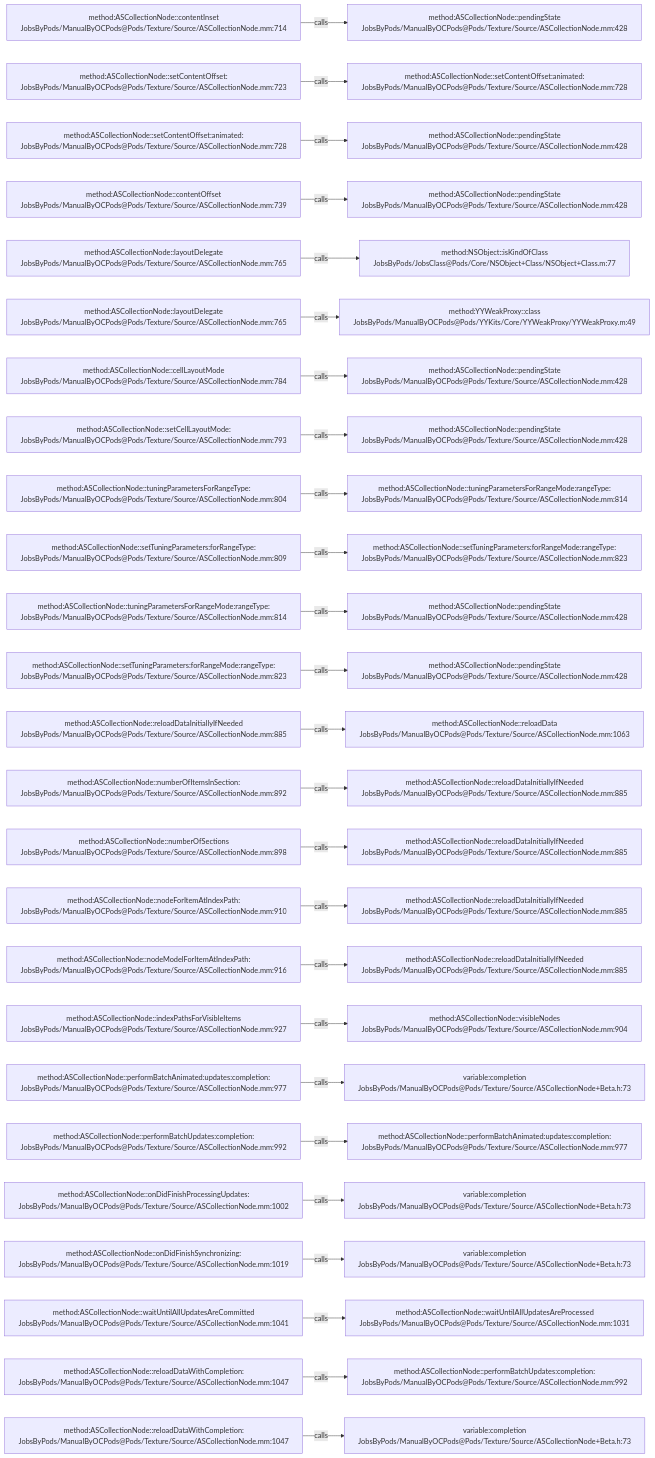
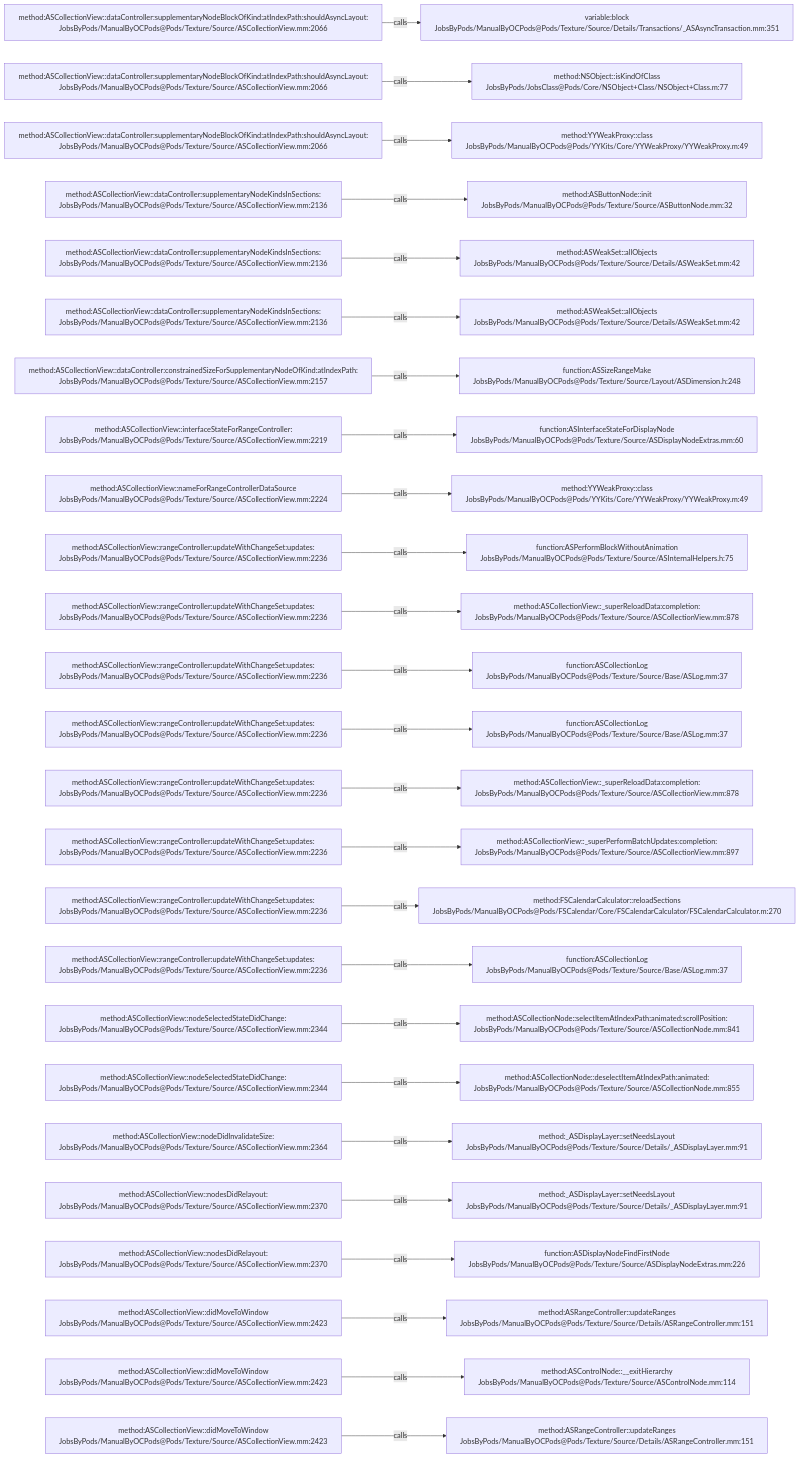
Before and after one commit to JobsKits/JobsOCBaseConfigDemo: the diagram in .codegraph/codegraph.md/graphs/calls-076.md, drawn with Mermaid. The commit also changed 1448 other files, not shown here.

````diff
--- a/.codegraph/codegraph.md/graphs/calls-076.md
+++ b/.codegraph/codegraph.md/graphs/calls-076.md
@@ -13,78 +13,78 @@
 ```mermaid
 flowchart LR
-  S1["method:ASCollectionNode::contentInset<br/>JobsByPods/ManualByOCPods@Pods/Texture/Source/ASCollectionNode.mm:714"]
-  T1["method:ASCollectionNode::pendingState<br/>JobsByPods/ManualByOCPods@Pods/Texture/Source/ASCollectionNode.mm:428"]
+  S1["method:ASCollectionView::dataController:supplementaryNodeBlockOfKind:atIndexPath:shouldAsyncLayout:<br/>JobsByPods/ManualByOCPods@Pods/Texture/Source/ASCollectionView.mm:2066"]
+  T1["variable:block<br/>JobsByPods/ManualByOCPods@Pods/Texture/Source/Details/Transactions/_ASAsyncTransaction.mm:351"]
   S1 -->|calls| T1
-  S2["method:ASCollectionNode::setContentOffset:<br/>JobsByPods/ManualByOCPods@Pods/Texture/Source/ASCollectionNode.mm:723"]
-  T2["method:ASCollectionNode::setContentOffset:animated:<br/>JobsByPods/ManualByOCPods@Pods/Texture/Source/ASCollectionNode.mm:728"]
+  S2["method:ASCollectionView::dataController:supplementaryNodeBlockOfKind:atIndexPath:shouldAsyncLayout:<br/>JobsByPods/ManualByOCPods@Pods/Texture/Source/ASCollectionView.mm:2066"]
+  T2["method:NSObject::isKindOfClass<br/>JobsByPods/JobsClass@Pods/Core/NSObject+Class/NSObject+Class.m:77"]
   S2 -->|calls| T2
-  S3["method:ASCollectionNode::setContentOffset:animated:<br/>JobsByPods/ManualByOCPods@Pods/Texture/Source/ASCollectionNode.mm:728"]
-  T3["method:ASCollectionNode::pendingState<br/>JobsByPods/ManualByOCPods@Pods/Texture/Source/ASCollectionNode.mm:428"]
+  S3["method:ASCollectionView::dataController:supplementaryNodeBlockOfKind:atIndexPath:shouldAsyncLayout:<br/>JobsByPods/ManualByOCPods@Pods/Texture/Source/ASCollectionView.mm:2066"]
+  T3["method:YYWeakProxy::class<br/>JobsByPods/ManualByOCPods@Pods/YYKits/Core/YYWeakProxy/YYWeakProxy.m:49"]
   S3 -->|calls| T3
-  S4["method:ASCollectionNode::contentOffset<br/>JobsByPods/ManualByOCPods@Pods/Texture/Source/ASCollectionNode.mm:739"]
-  T4["method:ASCollectionNode::pendingState<br/>JobsByPods/ManualByOCPods@Pods/Texture/Source/ASCollectionNode.mm:428"]
+  S4["method:ASCollectionView::dataController:supplementaryNodeKindsInSections:<br/>JobsByPods/ManualByOCPods@Pods/Texture/Source/ASCollectionView.mm:2136"]
+  T4["method:ASButtonNode::init<br/>JobsByPods/ManualByOCPods@Pods/Texture/Source/ASButtonNode.mm:32"]
   S4 -->|calls| T4
-  S5["method:ASCollectionNode::layoutDelegate<br/>JobsByPods/ManualByOCPods@Pods/Texture/Source/ASCollectionNode.mm:765"]
-  T5["method:NSObject::isKindOfClass<br/>JobsByPods/JobsClass@Pods/Core/NSObject+Class/NSObject+Class.m:77"]
+  S5["method:ASCollectionView::dataController:supplementaryNodeKindsInSections:<br/>JobsByPods/ManualByOCPods@Pods/Texture/Source/ASCollectionView.mm:2136"]
+  T5["method:ASWeakSet::allObjects<br/>JobsByPods/ManualByOCPods@Pods/Texture/Source/Details/ASWeakSet.mm:42"]
   S5 -->|calls| T5
-  S6["method:ASCollectionNode::layoutDelegate<br/>JobsByPods/ManualByOCPods@Pods/Texture/Source/ASCollectionNode.mm:765"]
-  T6["method:YYWeakProxy::class<br/>JobsByPods/ManualByOCPods@Pods/YYKits/Core/YYWeakProxy/YYWeakProxy.m:49"]
+  S6["method:ASCollectionView::dataController:supplementaryNodeKindsInSections:<br/>JobsByPods/ManualByOCPods@Pods/Texture/Source/ASCollectionView.mm:2136"]
+  T6["method:ASWeakSet::allObjects<br/>JobsByPods/ManualByOCPods@Pods/Texture/Source/Details/ASWeakSet.mm:42"]
   S6 -->|calls| T6
-  S7["method:ASCollectionNode::cellLayoutMode<br/>JobsByPods/ManualByOCPods@Pods/Texture/Source/ASCollectionNode.mm:784"]
-  T7["method:ASCollectionNode::pendingState<br/>JobsByPods/ManualByOCPods@Pods/Texture/Source/ASCollectionNode.mm:428"]
+  S7["method:ASCollectionView::dataController:constrainedSizeForSupplementaryNodeOfKind:atIndexPath:<br/>JobsByPods/ManualByOCPods@Pods/Texture/Source/ASCollectionView.mm:2157"]
+  T7["function:ASSizeRangeMake<br/>JobsByPods/ManualByOCPods@Pods/Texture/Source/Layout/ASDimension.h:248"]
   S7 -->|calls| T7
-  S8["method:ASCollectionNode::setCellLayoutMode:<br/>JobsByPods/ManualByOCPods@Pods/Texture/Source/ASCollectionNode.mm:793"]
-  T8["method:ASCollectionNode::pendingState<br/>JobsByPods/ManualByOCPods@Pods/Texture/Source/ASCollectionNode.mm:428"]
+  S8["method:ASCollectionView::interfaceStateForRangeController:<br/>JobsByPods/ManualByOCPods@Pods/Texture/Source/ASCollectionView.mm:2219"]
+  T8["function:ASInterfaceStateForDisplayNode<br/>JobsByPods/ManualByOCPods@Pods/Texture/Source/ASDisplayNodeExtras.mm:60"]
   S8 -->|calls| T8
-  S9["method:ASCollectionNode::tuningParametersForRangeType:<br/>JobsByPods/ManualByOCPods@Pods/Texture/Source/ASCollectionNode.mm:804"]
-  T9["method:ASCollectionNode::tuningParametersForRangeMode:rangeType:<br/>JobsByPods/ManualByOCPods@Pods/Texture/Source/ASCollectionNode.mm:814"]
+  S9["method:ASCollectionView::nameForRangeControllerDataSource<br/>JobsByPods/ManualByOCPods@Pods/Texture/Source/ASCollectionView.mm:2224"]
+  T9["method:YYWeakProxy::class<br/>JobsByPods/ManualByOCPods@Pods/YYKits/Core/YYWeakProxy/YYWeakProxy.m:49"]
   S9 -->|calls| T9
-  S10["method:ASCollectionNode::setTuningParameters:forRangeType:<br/>JobsByPods/ManualByOCPods@Pods/Texture/Source/ASCollectionNode.mm:809"]
-  T10["method:ASCollectionNode::setTuningParameters:forRangeMode:rangeType:<br/>JobsByPods/ManualByOCPods@Pods/Texture/Source/ASCollectionNode.mm:823"]
+  S10["method:ASCollectionView::rangeController:updateWithChangeSet:updates:<br/>JobsByPods/ManualByOCPods@Pods/Texture/Source/ASCollectionView.mm:2236"]
+  T10["function:ASPerformBlockWithoutAnimation<br/>JobsByPods/ManualByOCPods@Pods/Texture/Source/ASInternalHelpers.h:75"]
   S10 -->|calls| T10
-  S11["method:ASCollectionNode::tuningParametersForRangeMode:rangeType:<br/>JobsByPods/ManualByOCPods@Pods/Texture/Source/ASCollectionNode.mm:814"]
-  T11["method:ASCollectionNode::pendingState<br/>JobsByPods/ManualByOCPods@Pods/Texture/Source/ASCollectionNode.mm:428"]
+  S11["method:ASCollectionView::rangeController:updateWithChangeSet:updates:<br/>JobsByPods/ManualByOCPods@Pods/Texture/Source/ASCollectionView.mm:2236"]
+  T11["method:ASCollectionView::_superReloadData:completion:<br/>JobsByPods/ManualByOCPods@Pods/Texture/Source/ASCollectionView.mm:878"]
   S11 -->|calls| T11
-  S12["method:ASCollectionNode::setTuningParameters:forRangeMode:rangeType:<br/>JobsByPods/ManualByOCPods@Pods/Texture/Source/ASCollectionNode.mm:823"]
-  T12["method:ASCollectionNode::pendingState<br/>JobsByPods/ManualByOCPods@Pods/Texture/Source/ASCollectionNode.mm:428"]
+  S12["method:ASCollectionView::rangeController:updateWithChangeSet:updates:<br/>JobsByPods/ManualByOCPods@Pods/Texture/Source/ASCollectionView.mm:2236"]
+  T12["function:ASCollectionLog<br/>JobsByPods/ManualByOCPods@Pods/Texture/Source/Base/ASLog.mm:37"]
   S12 -->|calls| T12
-  S13["method:ASCollectionNode::reloadDataInitiallyIfNeeded<br/>JobsByPods/ManualByOCPods@Pods/Texture/Source/ASCollectionNode.mm:885"]
-  T13["method:ASCollectionNode::reloadData<br/>JobsByPods/ManualByOCPods@Pods/Texture/Source/ASCollectionNode.mm:1063"]
+  S13["method:ASCollectionView::rangeController:updateWithChangeSet:updates:<br/>JobsByPods/ManualByOCPods@Pods/Texture/Source/ASCollectionView.mm:2236"]
+  T13["function:ASCollectionLog<br/>JobsByPods/ManualByOCPods@Pods/Texture/Source/Base/ASLog.mm:37"]
   S13 -->|calls| T13
-  S14["method:ASCollectionNode::numberOfItemsInSection:<br/>JobsByPods/ManualByOCPods@Pods/Texture/Source/ASCollectionNode.mm:892"]
-  T14["method:ASCollectionNode::reloadDataInitiallyIfNeeded<br/>JobsByPods/ManualByOCPods@Pods/Texture/Source/ASCollectionNode.mm:885"]
+  S14["method:ASCollectionView::rangeController:updateWithChangeSet:updates:<br/>JobsByPods/ManualByOCPods@Pods/Texture/Source/ASCollectionView.mm:2236"]
+  T14["method:ASCollectionView::_superReloadData:completion:<br/>JobsByPods/ManualByOCPods@Pods/Texture/Source/ASCollectionView.mm:878"]
   S14 -->|calls| T14
-  S15["method:ASCollectionNode::numberOfSections<br/>JobsByPods/ManualByOCPods@Pods/Texture/Source/ASCollectionNode.mm:898"]
-  T15["method:ASCollectionNode::reloadDataInitiallyIfNeeded<br/>JobsByPods/ManualByOCPods@Pods/Texture/Source/ASCollectionNode.mm:885"]
+  S15["method:ASCollectionView::rangeController:updateWithChangeSet:updates:<br/>JobsByPods/ManualByOCPods@Pods/Texture/Source/ASCollectionView.mm:2236"]
+  T15["method:ASCollectionView::_superPerformBatchUpdates:completion:<br/>JobsByPods/ManualByOCPods@Pods/Texture/Source/ASCollectionView.mm:897"]
   S15 -->|calls| T15
-  S16["method:ASCollectionNode::nodeForItemAtIndexPath:<br/>JobsByPods/ManualByOCPods@Pods/Texture/Source/ASCollectionNode.mm:910"]
-  T16["method:ASCollectionNode::reloadDataInitiallyIfNeeded<br/>JobsByPods/ManualByOCPods@Pods/Texture/Source/ASCollectionNode.mm:885"]
+  S16["method:ASCollectionView::rangeController:updateWithChangeSet:updates:<br/>JobsByPods/ManualByOCPods@Pods/Texture/Source/ASCollectionView.mm:2236"]
+  T16["method:FSCalendarCalculator::reloadSections<br/>JobsByPods/ManualByOCPods@Pods/FSCalendar/Core/FSCalendarCalculator/FSCalendarCalculator.m:270"]
   S16 -->|calls| T16
-  S17["method:ASCollectionNode::nodeModelForItemAtIndexPath:<br/>JobsByPods/ManualByOCPods@Pods/Texture/Source/ASCollectionNode.mm:916"]
-  T17["method:ASCollectionNode::reloadDataInitiallyIfNeeded<br/>JobsByPods/ManualByOCPods@Pods/Texture/Source/ASCollectionNode.mm:885"]
+  S17["method:ASCollectionView::rangeController:updateWithChangeSet:updates:<br/>JobsByPods/ManualByOCPods@Pods/Texture/Source/ASCollectionView.mm:2236"]
+  T17["function:ASCollectionLog<br/>JobsByPods/ManualByOCPods@Pods/Texture/Source/Base/ASLog.mm:37"]
   S17 -->|calls| T17
-  S18["method:ASCollectionNode::indexPathsForVisibleItems<br/>JobsByPods/ManualByOCPods@Pods/Texture/Source/ASCollectionNode.mm:927"]
-  T18["method:ASCollectionNode::visibleNodes<br/>JobsByPods/ManualByOCPods@Pods/Texture/Source/ASCollectionNode.mm:904"]
+  S18["method:ASCollectionView::nodeSelectedStateDidChange:<br/>JobsByPods/ManualByOCPods@Pods/Texture/Source/ASCollectionView.mm:2344"]
+  T18["method:ASCollectionNode::selectItemAtIndexPath:animated:scrollPosition:<br/>JobsByPods/ManualByOCPods@Pods/Texture/Source/ASCollectionNode.mm:841"]
   S18 -->|calls| T18
-  S19["method:ASCollectionNode::performBatchAnimated:updates:completion:<br/>JobsByPods/ManualByOCPods@Pods/Texture/Source/ASCollectionNode.mm:977"]
-  T19["variable:completion<br/>JobsByPods/ManualByOCPods@Pods/Texture/Source/ASCollectionNode+Beta.h:73"]
+  S19["method:ASCollectionView::nodeSelectedStateDidChange:<br/>JobsByPods/ManualByOCPods@Pods/Texture/Source/ASCollectionView.mm:2344"]
+  T19["method:ASCollectionNode::deselectItemAtIndexPath:animated:<br/>JobsByPods/ManualByOCPods@Pods/Texture/Source/ASCollectionNode.mm:855"]
   S19 -->|calls| T19
-  S20["method:ASCollectionNode::performBatchUpdates:completion:<br/>JobsByPods/ManualByOCPods@Pods/Texture/Source/ASCollectionNode.mm:992"]
-  T20["method:ASCollectionNode::performBatchAnimated:updates:completion:<br/>JobsByPods/ManualByOCPods@Pods/Texture/Source/ASCollectionNode.mm:977"]
+  S20["method:ASCollectionView::nodeDidInvalidateSize:<br/>JobsByPods/ManualByOCPods@Pods/Texture/Source/ASCollectionView.mm:2364"]
+  T20["method:_ASDisplayLayer::setNeedsLayout<br/>JobsByPods/ManualByOCPods@Pods/Texture/Source/Details/_ASDisplayLayer.mm:91"]
   S20 -->|calls| T20
-  S21["method:ASCollectionNode::onDidFinishProcessingUpdates:<br/>JobsByPods/ManualByOCPods@Pods/Texture/Source/ASCollectionNode.mm:1002"]
-  T21["variable:completion<br/>JobsByPods/ManualByOCPods@Pods/Texture/Source/ASCollectionNode+Beta.h:73"]
+  S21["method:ASCollectionView::nodesDidRelayout:<br/>JobsByPods/ManualByOCPods@Pods/Texture/Source/ASCollectionView.mm:2370"]
+  T21["method:_ASDisplayLayer::setNeedsLayout<br/>JobsByPods/ManualByOCPods@Pods/Texture/Source/Details/_ASDisplayLayer.mm:91"]
   S21 -->|calls| T21
-  S22["method:ASCollectionNode::onDidFinishSynchronizing:<br/>JobsByPods/ManualByOCPods@Pods/Texture/Source/ASCollectionNode.mm:1019"]
-  T22["variable:completion<br/>JobsByPods/ManualByOCPods@Pods/Texture/Source/ASCollectionNode+Beta.h:73"]
+  S22["method:ASCollectionView::nodesDidRelayout:<br/>JobsByPods/ManualByOCPods@Pods/Texture/Source/ASCollectionView.mm:2370"]
+  T22["function:ASDisplayNodeFindFirstNode<br/>JobsByPods/ManualByOCPods@Pods/Texture/Source/ASDisplayNodeExtras.mm:226"]
   S22 -->|calls| T22
-  S23["method:ASCollectionNode::waitUntilAllUpdatesAreCommitted<br/>JobsByPods/ManualByOCPods@Pods/Texture/Source/ASCollectionNode.mm:1041"]
-  T23["method:ASCollectionNode::waitUntilAllUpdatesAreProcessed<br/>JobsByPods/ManualByOCPods@Pods/Texture/Source/ASCollectionNode.mm:1031"]
+  S23["method:ASCollectionView::didMoveToWindow<br/>JobsByPods/ManualByOCPods@Pods/Texture/Source/ASCollectionView.mm:2423"]
+  T23["method:ASRangeController::updateRanges<br/>JobsByPods/ManualByOCPods@Pods/Texture/Source/Details/ASRangeController.mm:151"]
   S23 -->|calls| T23
-  S24["method:ASCollectionNode::reloadDataWithCompletion:<br/>JobsByPods/ManualByOCPods@Pods/Texture/Source/ASCollectionNode.mm:1047"]
-  T24["method:ASCollectionNode::performBatchUpdates:completion:<br/>JobsByPods/ManualByOCPods@Pods/Texture/Source/ASCollectionNode.mm:992"]
+  S24["method:ASCollectionView::didMoveToWindow<br/>JobsByPods/ManualByOCPods@Pods/Texture/Source/ASCollectionView.mm:2423"]
+  T24["method:ASControlNode::__exitHierarchy<br/>JobsByPods/ManualByOCPods@Pods/Texture/Source/ASControlNode.mm:114"]
   S24 -->|calls| T24
-  S25["method:ASCollectionNode::reloadDataWithCompletion:<br/>JobsByPods/ManualByOCPods@Pods/Texture/Source/ASCollectionNode.mm:1047"]
-  T25["variable:completion<br/>JobsByPods/ManualByOCPods@Pods/Texture/Source/ASCollectionNode+Beta.h:73"]
+  S25["method:ASCollectionView::didMoveToWindow<br/>JobsByPods/ManualByOCPods@Pods/Texture/Source/ASCollectionView.mm:2423"]
+  T25["method:ASRangeController::updateRanges<br/>JobsByPods/ManualByOCPods@Pods/Texture/Source/Details/ASRangeController.mm:151"]
   S25 -->|calls| T25
 ```
````
